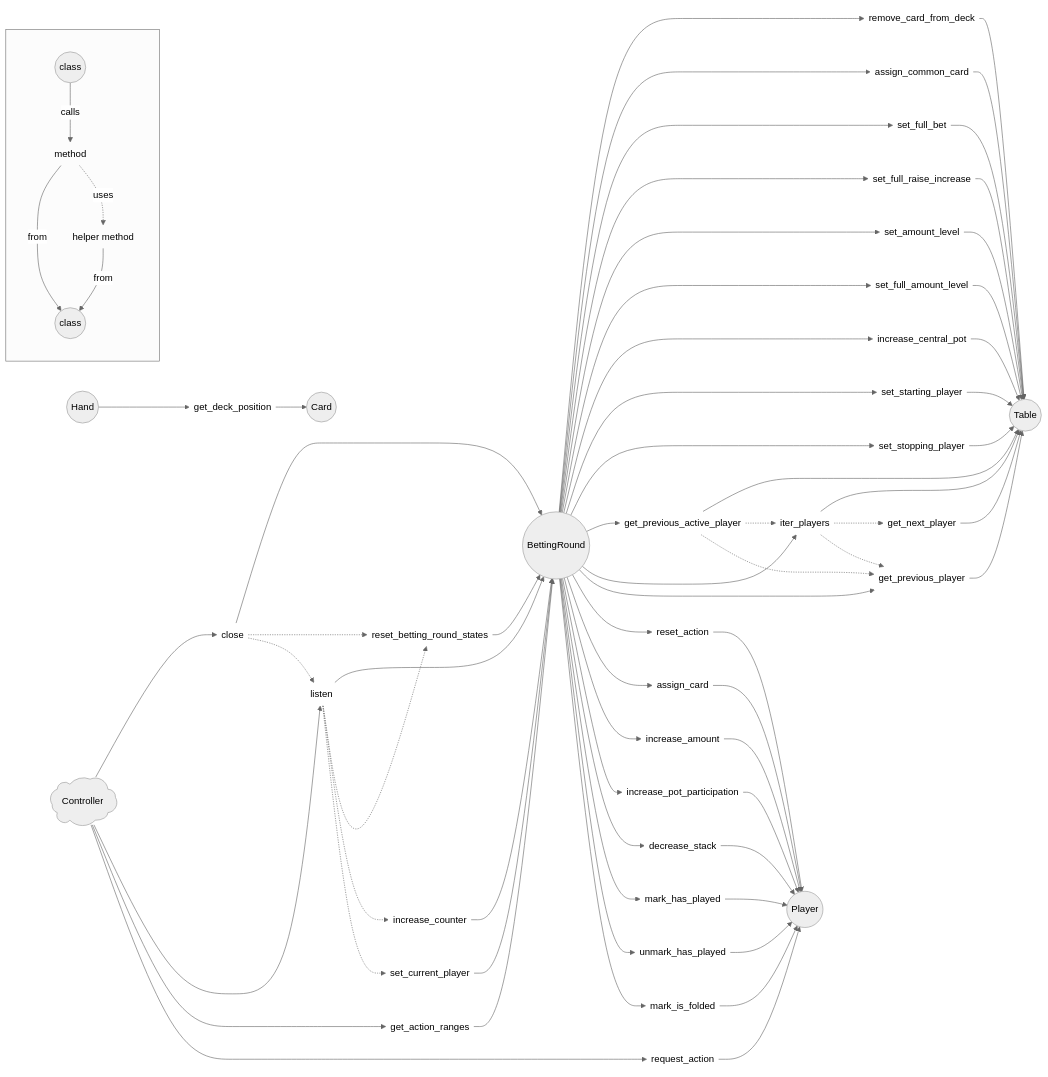
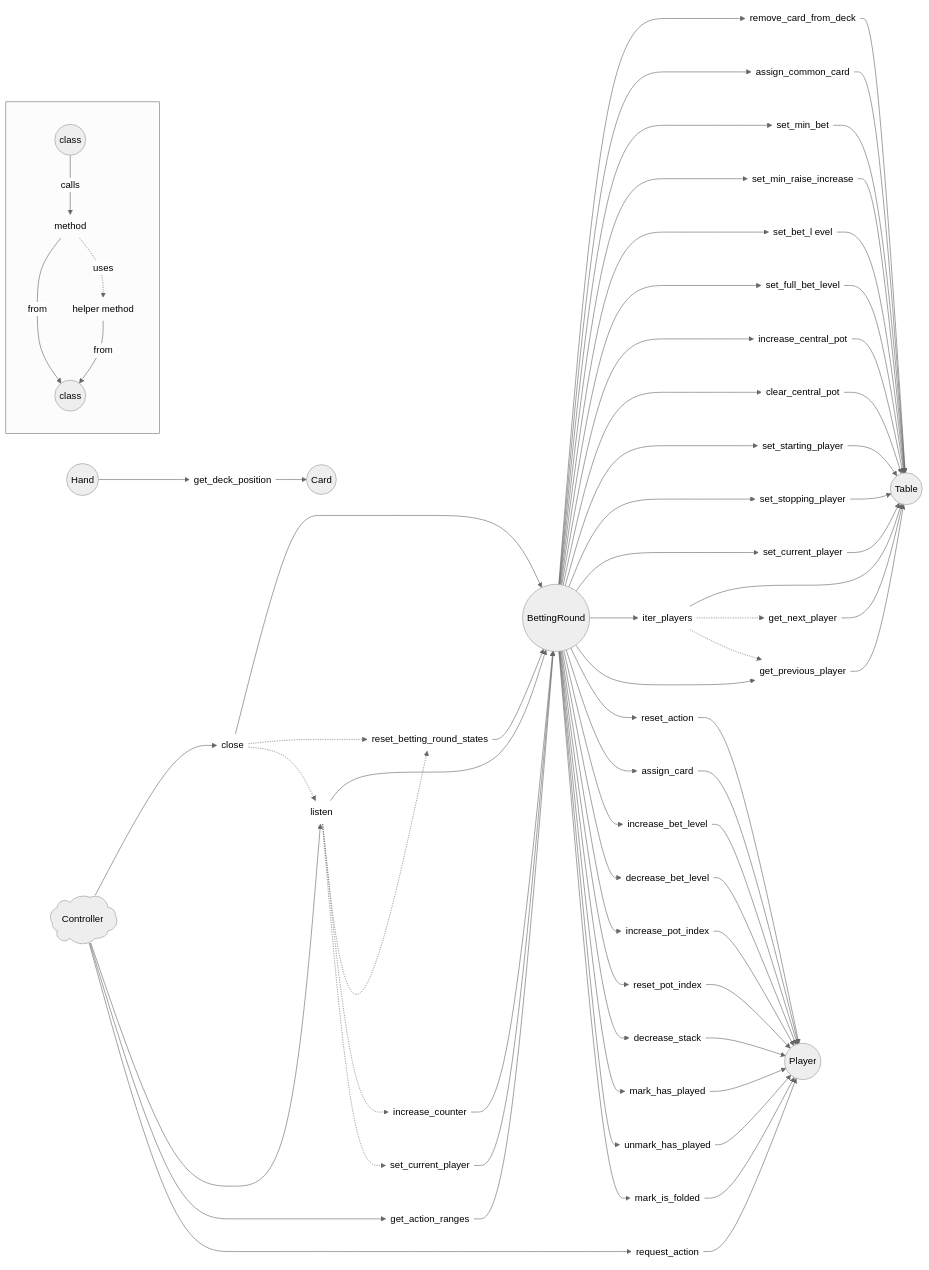
Before and after one commit to jorsaland/pokerpy: the diagram in MODEL.md, drawn with Mermaid (neutral theme). The commit also changed other lines of this file and 38 other files, not shown here.

````diff
--- a/MODEL.md
+++ b/MODEL.md
@@ -126,17 +128,18 @@
     T(Table)@{ shape: circle }
     T.remove_card_from_deck(remove_card_from_deck)@{ shape: text } --> T
     T.assign_common_card(assign_common_card)@{ shape: text } --> T
-    T.set_full_bet(set_full_bet)@{ shape: text } --> T
-    T.set_full_raise_increase(set_full_raise_increase)@{ shape: text } --> T
-    T.set_amount_level(set_amount_level)@{ shape: text } --> T
-    T.set_full_amount_level(set_full_amount_level)@{ shape: text } --> T
+    T.set_min_bet(set_min_bet)@{ shape: text } --> T
+    T.set_min_raise_increase(set_min_raise_increase)@{ shape: text } --> T
+    T.set_bet_level(set_bet_l evel)@{ shape: text } --> T
+    T.set_full_bet_level(set_full_bet_level)@{ shape: text } --> T
     T.increase_central_pot(increase_central_pot)@{ shape: text } --> T
+    T.clear_central_pot(clear_central_pot)@{ shape: text } --> T
     T.set_starting_player(set_starting_player)@{ shape: text } --> T
     T.set_stopping_player(set_stopping_player)@{ shape: text } --> T
+    T.set_current_player(set_current_player)@{ shape: text } --> T
     T.get_previous_player(get_previous_player)@{ shape: text } --> T
     T.get_next_player(get_next_player)@{ shape: text } --> T
     T.iter_players(iter_players)@{ shape: text } --> T
-    T.get_previous_active_player(get_previous_active_player)@{ shape: text } --> T
 
     C(Controller)@{ shape: cloud }
 
@@ -144,8 +147,10 @@
     P.request_action(request_action)@{ shape: text } --> P
     P.reset_action(reset_action)@{ shape: text } --> P
     P.assign_card(assign_card)@{ shape: text } --> P
-    P.increase_amount(increase_amount)@{ shape: text } --> P
-    P.increase_pot_participation(increase_pot_participation)@{ shape: text } --> P
+    P.increase_bet_level(increase_bet_level)@{ shape: text } --> P
+    P.decrease_bet_level(decrease_bet_level)@{ shape: text } --> P
+    P.increase_pot_index(increase_pot_index)@{ shape: text } --> P
+    P.reset_pot_index(reset_pot_index)@{ shape: text } --> P
     P.decrease_stack(decrease_stack)@{ shape: text } --> P
     P.mark_has_played(mark_has_played)@{ shape: text } --> P
     P.unmark_has_played(unmark_has_played)@{ shape: text } --> P
@@ -167,21 +172,24 @@
 
     BR --> T.remove_card_from_deck
     BR --> T.assign_common_card
-    BR --> T.set_full_bet
-    BR --> T.set_full_raise_increase
-    BR --> T.set_amount_level
-    BR --> T.set_full_amount_level
+    BR --> T.set_min_bet
+    BR --> T.set_min_raise_increase
+    BR --> T.set_bet_level
+    BR --> T.set_full_bet_level
     BR --> T.increase_central_pot
+    BR --> T.clear_central_pot
     BR --> T.set_starting_player
     BR --> T.set_stopping_player
-    BR --> T.get_previous_active_player
+    BR --> T.set_current_player
     BR --> T.iter_players
     BR --> T.get_previous_player
 
     BR --> P.reset_action
     BR --> P.assign_card
-    BR --> P.increase_amount
-    BR --> P.increase_pot_participation
+    BR --> P.increase_bet_level
+    BR --> P.decrease_bet_level
+    BR --> P.increase_pot_index
+    BR --> P.reset_pot_index
     BR --> P.decrease_stack
     BR --> P.mark_has_played
     BR --> P.unmark_has_played
@@ -199,9 +207,6 @@
     BR.listen -.-> BR.increase_counter
     BR.listen -.-> BR.set_current_player
 
-    T.get_previous_active_player -.-> T.iter_players
-    T.get_previous_active_player -.-> T.get_previous_player
-
     T.iter_players -.-> T.get_next_player
     T.iter_players -.-> T.get_previous_player
 ```
````
